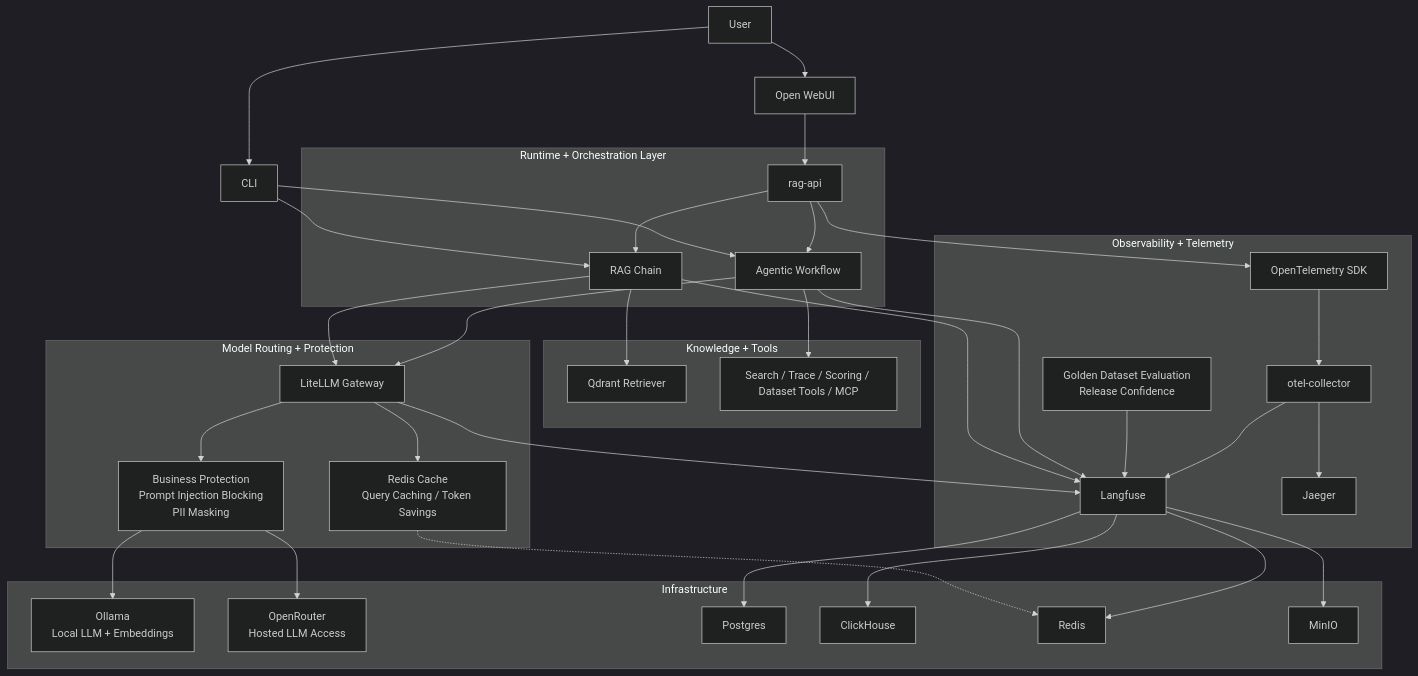
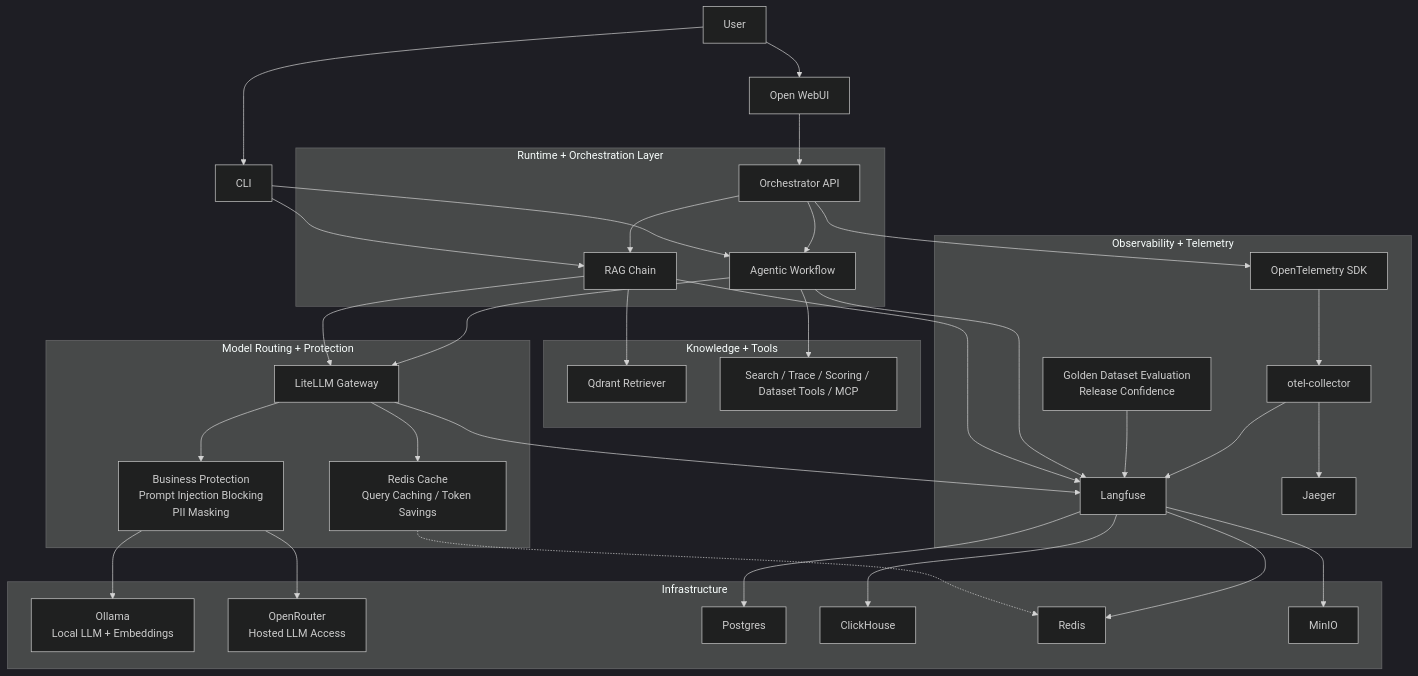
One commit to glaborie/agentguard changed the first of 3 diagrams in docs/architecture.md. Above: the diagram before and after it, drawn with Mermaid (dark theme). The commit also changed other lines of this file, not shown here.

Commit message:
Rename rag-api to Orchestrator API in architecture docs

````diff
--- a/docs/architecture.md
+++ b/docs/architecture.md
@@ -13,73 +13,73 @@
 ```mermaid
 flowchart TD
     U[User]
     CLI[CLI]
     WEB[Open WebUI]
-    API[rag-api]
+    API[Orchestrator API]
 
     U --> WEB
     U --> CLI
 
     WEB --> API
     CLI --> RAG
     CLI --> AGENT
 
     subgraph Runtime["Runtime + Orchestration Layer"]
         API --> RAG[RAG Chain]
         API --> AGENT[Agentic Workflow]
     end
 
     subgraph Knowledge["Knowledge + Tools"]
         Q[Qdrant Retriever]
         TOOLS[Search / Trace / Scoring / Dataset Tools / MCP]
     end
 
     subgraph Model["Model Routing + Protection"]
         LLM[LiteLLM Gateway]
         PROTECT[Business Protection<br/>Prompt Injection Blocking<br/>PII Masking]
         CACHE[Redis Cache<br/>Query Caching / Token Savings]
     end
 
     subgraph Telemetry["Observability + Telemetry"]
         LF[Langfuse]
         OTEL[OpenTelemetry SDK]
         COLLECTOR[otel-collector]
         JAEGER[Jaeger]
         EVAL[Golden Dataset Evaluation<br/>Release Confidence]
     end
 
     subgraph Infra["Infrastructure"]
         OLLAMA[Ollama<br/>Local LLM + Embeddings]
         OPENROUTER[OpenRouter<br/>Hosted LLM Access]
         PG[Postgres]
         CH[ClickHouse]
         REDIS[Redis]
         MINIO[MinIO]
     end
 
     RAG --> Q
     RAG --> LLM
     AGENT --> TOOLS
     AGENT --> LLM
 
     LLM --> PROTECT
     PROTECT --> OLLAMA
     PROTECT --> OPENROUTER
     LLM --> CACHE
     CACHE -.-> REDIS
 
     RAG --> LF
     AGENT --> LF
     LLM --> LF
     EVAL --> LF
 
     API --> OTEL
     OTEL --> COLLECTOR
     COLLECTOR --> JAEGER
     COLLECTOR --> LF
 
     LF --> PG
     LF --> CH
     LF --> REDIS
     LF --> MINIO
 ```
````
